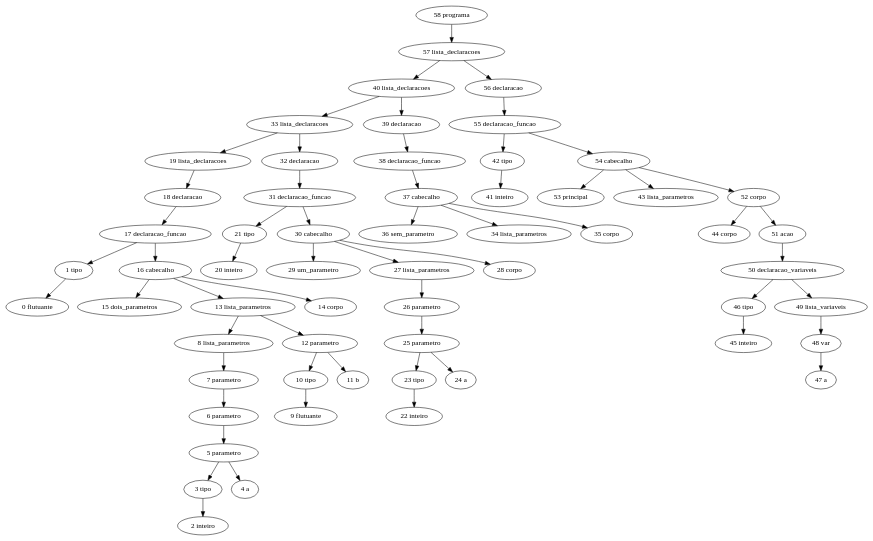
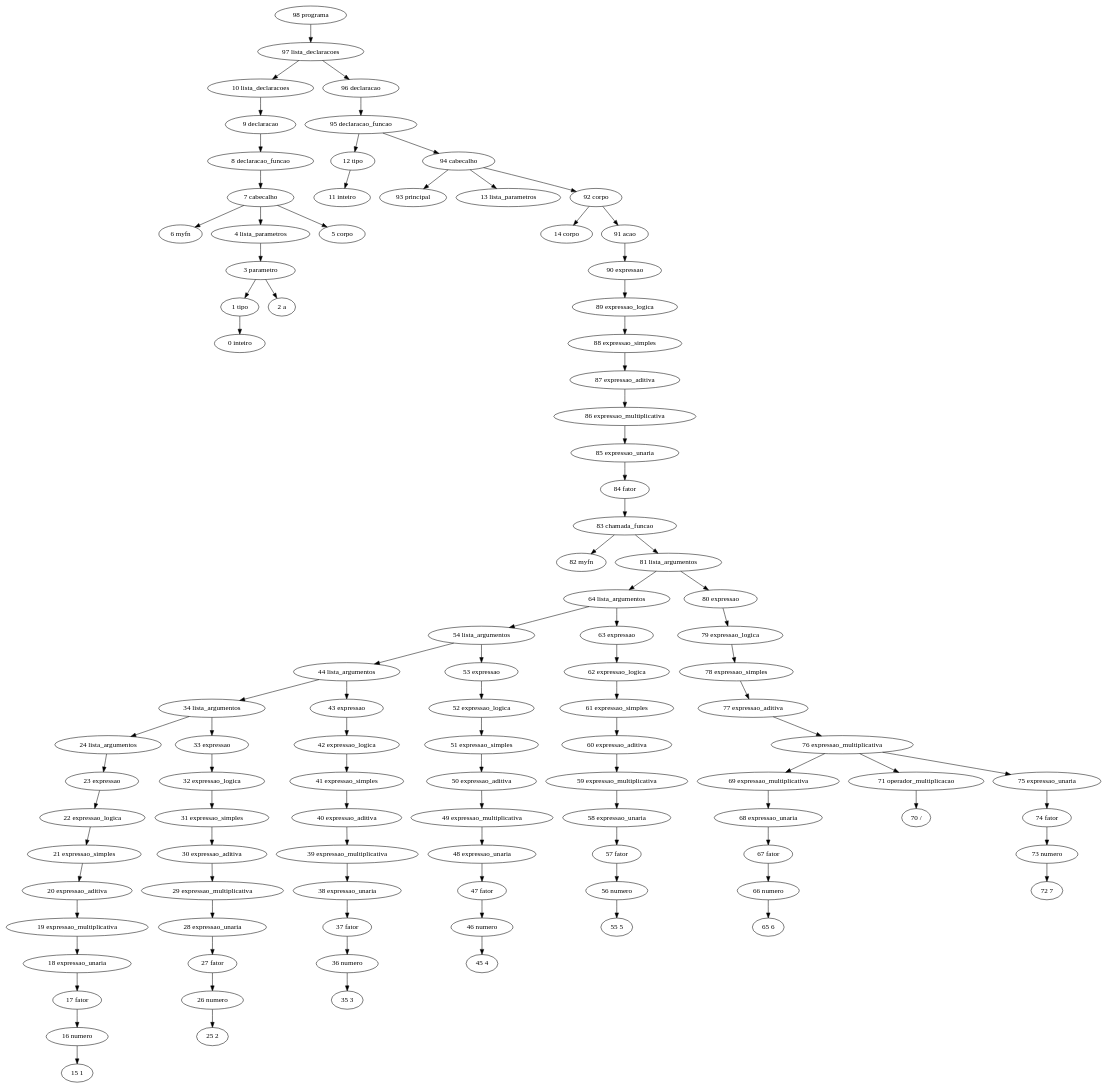
One commit to franzon/compilers changed the diagram in BCC__BCC36B__P2__Jorge_1511424/implementacao/Digraph.gv. Above: the diagram before and after it, drawn with Graphviz. The commit also changed 40 other files, not shown here.

```diff
--- a/BCC__BCC36B__P2__Jorge_1511424/implementacao/Digraph.gv
+++ b/BCC__BCC36B__P2__Jorge_1511424/implementacao/Digraph.gv
@@ -1,120 +1,200 @@
 // Análise sintática
 digraph {
-	"58 programa"
-	"57 lista_declaracoes"
-	"58 programa" -> "57 lista_declaracoes"
-	"40 lista_declaracoes"
-	"57 lista_declaracoes" -> "40 lista_declaracoes"
-	"33 lista_declaracoes"
-	"40 lista_declaracoes" -> "33 lista_declaracoes"
-	"19 lista_declaracoes"
-	"33 lista_declaracoes" -> "19 lista_declaracoes"
-	"18 declaracao"
-	"19 lista_declaracoes" -> "18 declaracao"
-	"17 declaracao_funcao"
-	"18 declaracao" -> "17 declaracao_funcao"
+	"98 programa"
+	"97 lista_declaracoes"
+	"98 programa" -> "97 lista_declaracoes"
+	"10 lista_declaracoes"
+	"97 lista_declaracoes" -> "10 lista_declaracoes"
+	"9 declaracao"
+	"10 lista_declaracoes" -> "9 declaracao"
+	"8 declaracao_funcao"
+	"9 declaracao" -> "8 declaracao_funcao"
+	"7 cabecalho"
+	"8 declaracao_funcao" -> "7 cabecalho"
+	"6 myfn"
+	"7 cabecalho" -> "6 myfn"
+	"4 lista_parametros"
+	"7 cabecalho" -> "4 lista_parametros"
+	"3 parametro"
+	"4 lista_parametros" -> "3 parametro"
 	"1 tipo"
-	"17 declaracao_funcao" -> "1 tipo"
-	"0 flutuante"
-	"1 tipo" -> "0 flutuante"
-	"16 cabecalho"
-	"17 declaracao_funcao" -> "16 cabecalho"
-	"15 dois_parametros"
-	"16 cabecalho" -> "15 dois_parametros"
+	"3 parametro" -> "1 tipo"
+	"0 inteiro"
+	"1 tipo" -> "0 inteiro"
+	"2 a"
+	"3 parametro" -> "2 a"
+	"5 corpo"
+	"7 cabecalho" -> "5 corpo"
+	"96 declaracao"
+	"97 lista_declaracoes" -> "96 declaracao"
+	"95 declaracao_funcao"
+	"96 declaracao" -> "95 declaracao_funcao"
+	"12 tipo"
+	"95 declaracao_funcao" -> "12 tipo"
+	"11 inteiro"
+	"12 tipo" -> "11 inteiro"
+	"94 cabecalho"
+	"95 declaracao_funcao" -> "94 cabecalho"
+	"93 principal"
+	"94 cabecalho" -> "93 principal"
 	"13 lista_parametros"
-	"16 cabecalho" -> "13 lista_parametros"
-	"8 lista_parametros"
-	"13 lista_parametros" -> "8 lista_parametros"
-	"7 parametro"
-	"8 lista_parametros" -> "7 parametro"
-	"6 parametro"
-	"7 parametro" -> "6 parametro"
-	"5 parametro"
-	"6 parametro" -> "5 parametro"
-	"3 tipo"
-	"5 parametro" -> "3 tipo"
-	"2 inteiro"
-	"3 tipo" -> "2 inteiro"
-	"4 a"
-	"5 parametro" -> "4 a"
-	"12 parametro"
-	"13 lista_parametros" -> "12 parametro"
-	"10 tipo"
-	"12 parametro" -> "10 tipo"
-	"9 flutuante"
-	"10 tipo" -> "9 flutuante"
-	"11 b"
-	"12 parametro" -> "11 b"
+	"94 cabecalho" -> "13 lista_parametros"
+	"92 corpo"
+	"94 cabecalho" -> "92 corpo"
 	"14 corpo"
-	"16 cabecalho" -> "14 corpo"
-	"32 declaracao"
-	"33 lista_declaracoes" -> "32 declaracao"
-	"31 declaracao_funcao"
-	"32 declaracao" -> "31 declaracao_funcao"
-	"21 tipo"
-	"31 declaracao_funcao" -> "21 tipo"
-	"20 inteiro"
-	"21 tipo" -> "20 inteiro"
-	"30 cabecalho"
-	"31 declaracao_funcao" -> "30 cabecalho"
-	"29 um_parametro"
-	"30 cabecalho" -> "29 um_parametro"
-	"27 lista_parametros"
-	"30 cabecalho" -> "27 lista_parametros"
-	"26 parametro"
-	"27 lista_parametros" -> "26 parametro"
-	"25 parametro"
-	"26 parametro" -> "25 parametro"
-	"23 tipo"
-	"25 parametro" -> "23 tipo"
-	"22 inteiro"
-	"23 tipo" -> "22 inteiro"
-	"24 a"
-	"25 parametro" -> "24 a"
-	"28 corpo"
-	"30 cabecalho" -> "28 corpo"
-	"39 declaracao"
-	"40 lista_declaracoes" -> "39 declaracao"
-	"38 declaracao_funcao"
-	"39 declaracao" -> "38 declaracao_funcao"
-	"37 cabecalho"
-	"38 declaracao_funcao" -> "37 cabecalho"
-	"36 sem_parametro"
-	"37 cabecalho" -> "36 sem_parametro"
-	"34 lista_parametros"
-	"37 cabecalho" -> "34 lista_parametros"
-	"35 corpo"
-	"37 cabecalho" -> "35 corpo"
-	"56 declaracao"
-	"57 lista_declaracoes" -> "56 declaracao"
-	"55 declaracao_funcao"
-	"56 declaracao" -> "55 declaracao_funcao"
-	"42 tipo"
-	"55 declaracao_funcao" -> "42 tipo"
-	"41 inteiro"
-	"42 tipo" -> "41 inteiro"
-	"54 cabecalho"
-	"55 declaracao_funcao" -> "54 cabecalho"
-	"53 principal"
-	"54 cabecalho" -> "53 principal"
-	"43 lista_parametros"
-	"54 cabecalho" -> "43 lista_parametros"
-	"52 corpo"
-	"54 cabecalho" -> "52 corpo"
-	"44 corpo"
-	"52 corpo" -> "44 corpo"
-	"51 acao"
-	"52 corpo" -> "51 acao"
-	"50 declaracao_variaveis"
-	"51 acao" -> "50 declaracao_variaveis"
-	"46 tipo"
-	"50 declaracao_variaveis" -> "46 tipo"
-	"45 inteiro"
-	"46 tipo" -> "45 inteiro"
-	"49 lista_variaveis"
-	"50 declaracao_variaveis" -> "49 lista_variaveis"
-	"48 var"
-	"49 lista_variaveis" -> "48 var"
-	"47 a"
-	"48 var" -> "47 a"
+	"92 corpo" -> "14 corpo"
+	"91 acao"
+	"92 corpo" -> "91 acao"
+	"90 expressao"
+	"91 acao" -> "90 expressao"
+	"89 expressao_logica"
+	"90 expressao" -> "89 expressao_logica"
+	"88 expressao_simples"
+	"89 expressao_logica" -> "88 expressao_simples"
+	"87 expressao_aditiva"
+	"88 expressao_simples" -> "87 expressao_aditiva"
+	"86 expressao_multiplicativa"
+	"87 expressao_aditiva" -> "86 expressao_multiplicativa"
+	"85 expressao_unaria"
+	"86 expressao_multiplicativa" -> "85 expressao_unaria"
+	"84 fator"
+	"85 expressao_unaria" -> "84 fator"
+	"83 chamada_funcao"
+	"84 fator" -> "83 chamada_funcao"
+	"82 myfn"
+	"83 chamada_funcao" -> "82 myfn"
+	"81 lista_argumentos"
+	"83 chamada_funcao" -> "81 lista_argumentos"
+	"64 lista_argumentos"
+	"81 lista_argumentos" -> "64 lista_argumentos"
+	"54 lista_argumentos"
+	"64 lista_argumentos" -> "54 lista_argumentos"
+	"44 lista_argumentos"
+	"54 lista_argumentos" -> "44 lista_argumentos"
+	"34 lista_argumentos"
+	"44 lista_argumentos" -> "34 lista_argumentos"
+	"24 lista_argumentos"
+	"34 lista_argumentos" -> "24 lista_argumentos"
+	"23 expressao"
+	"24 lista_argumentos" -> "23 expressao"
+	"22 expressao_logica"
+	"23 expressao" -> "22 expressao_logica"
+	"21 expressao_simples"
+	"22 expressao_logica" -> "21 expressao_simples"
+	"20 expressao_aditiva"
+	"21 expressao_simples" -> "20 expressao_aditiva"
+	"19 expressao_multiplicativa"
+	"20 expressao_aditiva" -> "19 expressao_multiplicativa"
+	"18 expressao_unaria"
+	"19 expressao_multiplicativa" -> "18 expressao_unaria"
+	"17 fator"
+	"18 expressao_unaria" -> "17 fator"
+	"16 numero"
+	"17 fator" -> "16 numero"
+	"15 1"
+	"16 numero" -> "15 1"
+	"33 expressao"
+	"34 lista_argumentos" -> "33 expressao"
+	"32 expressao_logica"
+	"33 expressao" -> "32 expressao_logica"
+	"31 expressao_simples"
+	"32 expressao_logica" -> "31 expressao_simples"
+	"30 expressao_aditiva"
+	"31 expressao_simples" -> "30 expressao_aditiva"
+	"29 expressao_multiplicativa"
+	"30 expressao_aditiva" -> "29 expressao_multiplicativa"
+	"28 expressao_unaria"
+	"29 expressao_multiplicativa" -> "28 expressao_unaria"
+	"27 fator"
+	"28 expressao_unaria" -> "27 fator"
+	"26 numero"
+	"27 fator" -> "26 numero"
+	"25 2"
+	"26 numero" -> "25 2"
+	"43 expressao"
+	"44 lista_argumentos" -> "43 expressao"
+	"42 expressao_logica"
+	"43 expressao" -> "42 expressao_logica"
+	"41 expressao_simples"
+	"42 expressao_logica" -> "41 expressao_simples"
+	"40 expressao_aditiva"
+	"41 expressao_simples" -> "40 expressao_aditiva"
+	"39 expressao_multiplicativa"
+	"40 expressao_aditiva" -> "39 expressao_multiplicativa"
+	"38 expressao_unaria"
+	"39 expressao_multiplicativa" -> "38 expressao_unaria"
+	"37 fator"
+	"38 expressao_unaria" -> "37 fator"
+	"36 numero"
+	"37 fator" -> "36 numero"
+	"35 3"
+	"36 numero" -> "35 3"
+	"53 expressao"
+	"54 lista_argumentos" -> "53 expressao"
+	"52 expressao_logica"
+	"53 expressao" -> "52 expressao_logica"
+	"51 expressao_simples"
+	"52 expressao_logica" -> "51 expressao_simples"
+	"50 expressao_aditiva"
+	"51 expressao_simples" -> "50 expressao_aditiva"
+	"49 expressao_multiplicativa"
+	"50 expressao_aditiva" -> "49 expressao_multiplicativa"
+	"48 expressao_unaria"
+	"49 expressao_multiplicativa" -> "48 expressao_unaria"
+	"47 fator"
+	"48 expressao_unaria" -> "47 fator"
+	"46 numero"
+	"47 fator" -> "46 numero"
+	"45 4"
+	"46 numero" -> "45 4"
+	"63 expressao"
+	"64 lista_argumentos" -> "63 expressao"
+	"62 expressao_logica"
+	"63 expressao" -> "62 expressao_logica"
+	"61 expressao_simples"
+	"62 expressao_logica" -> "61 expressao_simples"
+	"60 expressao_aditiva"
+	"61 expressao_simples" -> "60 expressao_aditiva"
+	"59 expressao_multiplicativa"
+	"60 expressao_aditiva" -> "59 expressao_multiplicativa"
+	"58 expressao_unaria"
+	"59 expressao_multiplicativa" -> "58 expressao_unaria"
+	"57 fator"
+	"58 expressao_unaria" -> "57 fator"
+	"56 numero"
+	"57 fator" -> "56 numero"
+	"55 5"
+	"56 numero" -> "55 5"
+	"80 expressao"
+	"81 lista_argumentos" -> "80 expressao"
+	"79 expressao_logica"
+	"80 expressao" -> "79 expressao_logica"
+	"78 expressao_simples"
+	"79 expressao_logica" -> "78 expressao_simples"
+	"77 expressao_aditiva"
+	"78 expressao_simples" -> "77 expressao_aditiva"
+	"76 expressao_multiplicativa"
+	"77 expressao_aditiva" -> "76 expressao_multiplicativa"
+	"69 expressao_multiplicativa"
+	"76 expressao_multiplicativa" -> "69 expressao_multiplicativa"
+	"68 expressao_unaria"
+	"69 expressao_multiplicativa" -> "68 expressao_unaria"
+	"67 fator"
+	"68 expressao_unaria" -> "67 fator"
+	"66 numero"
+	"67 fator" -> "66 numero"
+	"65 6"
+	"66 numero" -> "65 6"
+	"71 operador_multiplicacao"
+	"76 expressao_multiplicativa" -> "71 operador_multiplicacao"
+	"70 /"
+	"71 operador_multiplicacao" -> "70 /"
+	"75 expressao_unaria"
+	"76 expressao_multiplicativa" -> "75 expressao_unaria"
+	"74 fator"
+	"75 expressao_unaria" -> "74 fator"
+	"73 numero"
+	"74 fator" -> "73 numero"
+	"72 7"
+	"73 numero" -> "72 7"
 }
```
